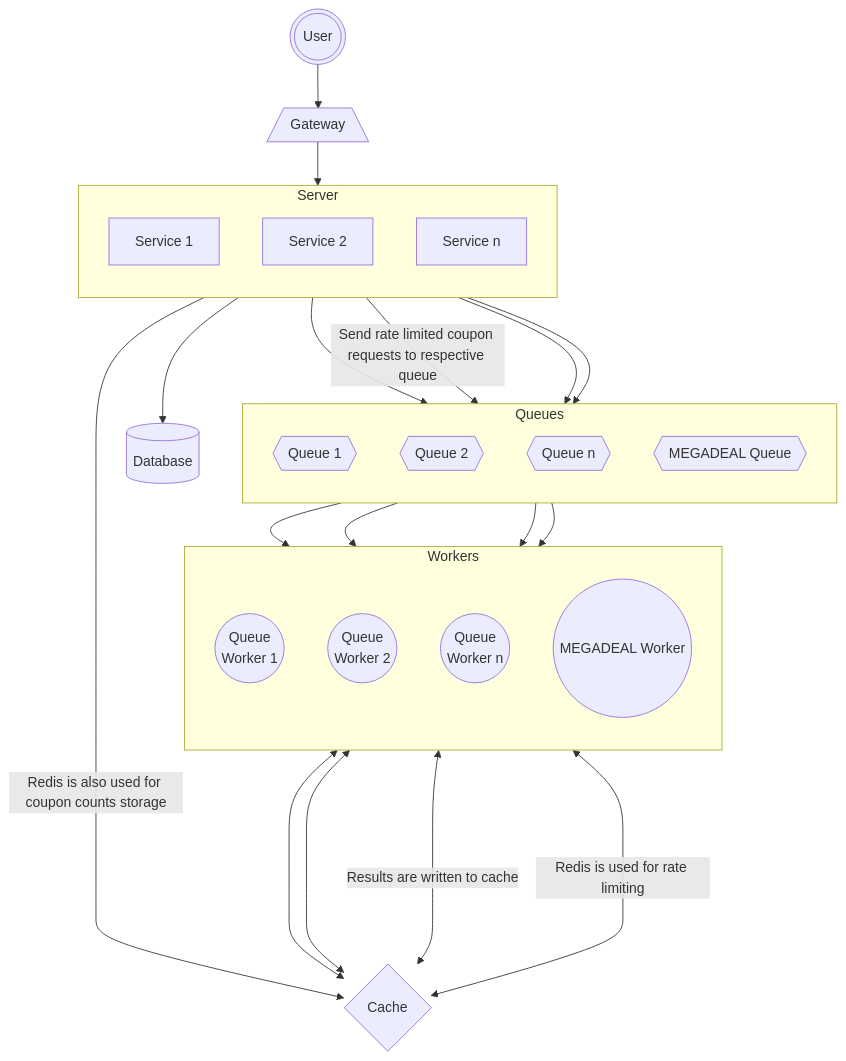
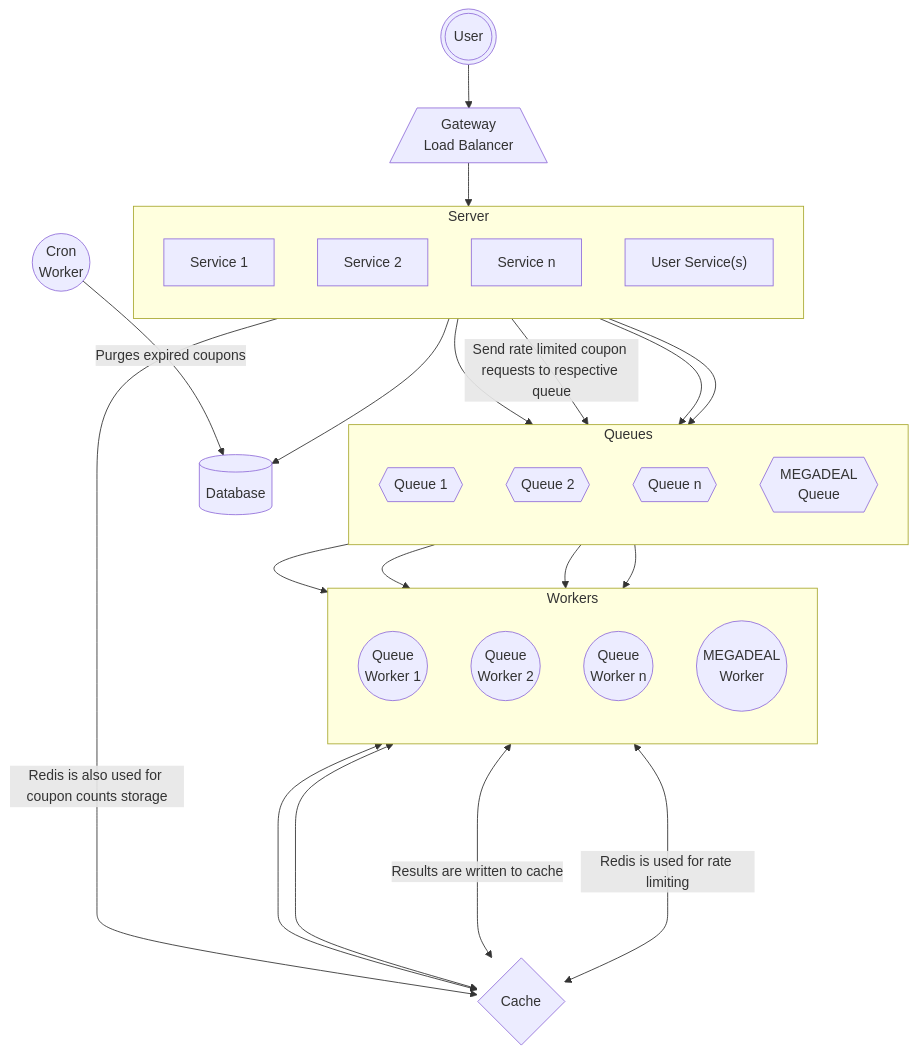
Before and after one commit to ozzy-cox/coupon-management-system: the first of 2 diagrams in docs.md, drawn with Mermaid. The commit also changed other lines of this file and 3 other files, not shown here.

````diff
--- a/docs.md
+++ b/docs.md
@@ -2,52 +2,54 @@
 ```mermaid
 flowchart TD
     Client(((User)))
-    Gateway[/Gateway\]
+    Gateway[/Gateway<br>Load Balancer\]
     Database[("Database")]
     Cache{"Cache"}
+    CronWorker(("Cron<br>Worker")) --"Purges expired coupons"--> Database
 
     subgraph Server
     direction TB
-        Service1["Service 1"]    
-        Service2["Service 2"]    
-        Service3["Service n"]    
+        Service1["Service 1"]
+        Service2["Service 2"]
+        Service3["Service n"]
+        UserService["User Service(s)"]
     end
-
+    
     subgraph Workers
         direction TB
-        Worker1(("Queue<br>Worker 1"))  
+        Worker1(("Queue<br>Worker 1"))
         Worker2(("Queue<br>Worker 2"))
-        Workern(("Queue<br>Worker n"))  
-        WorkerMega(("MEGADEAL Worker"))
+        Workern(("Queue<br>Worker n"))
+        WorkerMega(("MEGADEAL<br>Worker"))
     end
 
     subgraph Queues
         direction TB
         Queue1{{"Queue 1"}}
         Queue2{{"Queue 2"}}
         Queuen{{"Queue n"}}
-        QueueMega{{"MEGADEAL Queue"}}
+        QueueMega{{"MEGADEAL<br>Queue"}}
     end
     
     Client --> Gateway
     Gateway --> Server
     
     Server --"Redis is also used for coupon counts storage"--> Cache
     Server --> Database
     
     Server --> Queue1
     
     Server --"Send rate limited coupon requests to respective queue"--> Queue2
     Server --> Queuen
     Server --> QueueMega
 
     Queue1 --> Worker1
     Queue2 --> Worker2
     Queuen --> Workern
     QueueMega --> WorkerMega
     
     Worker1 <----> Cache
     Worker2 <----> Cache
     Workern <--"Results are written to cache"--> Cache
     WorkerMega <--"Redis is used for rate limiting"--> Cache
 ```
````
